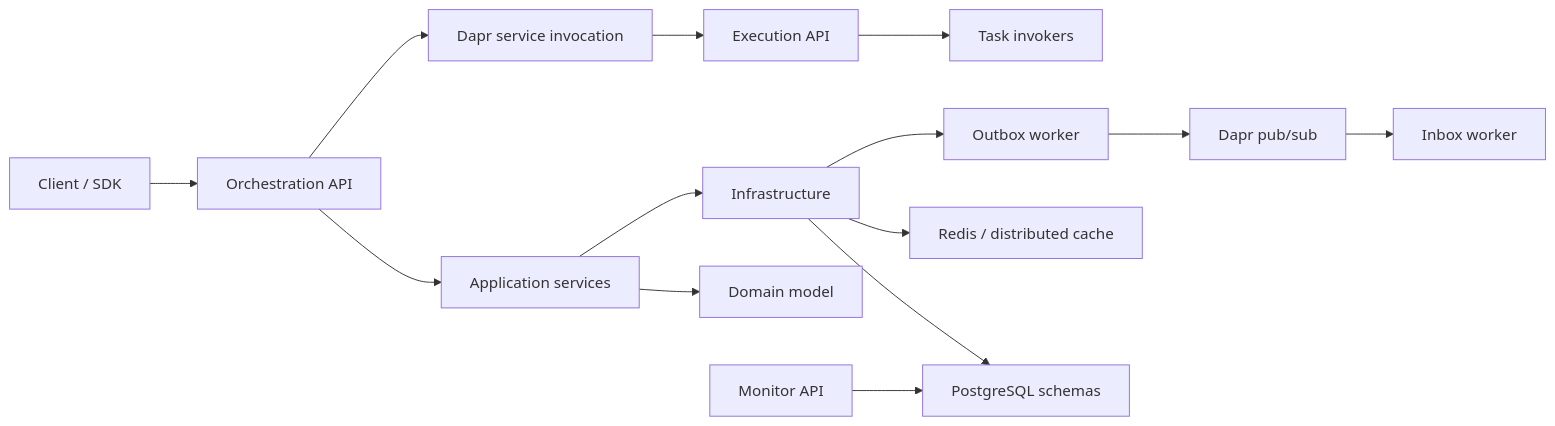
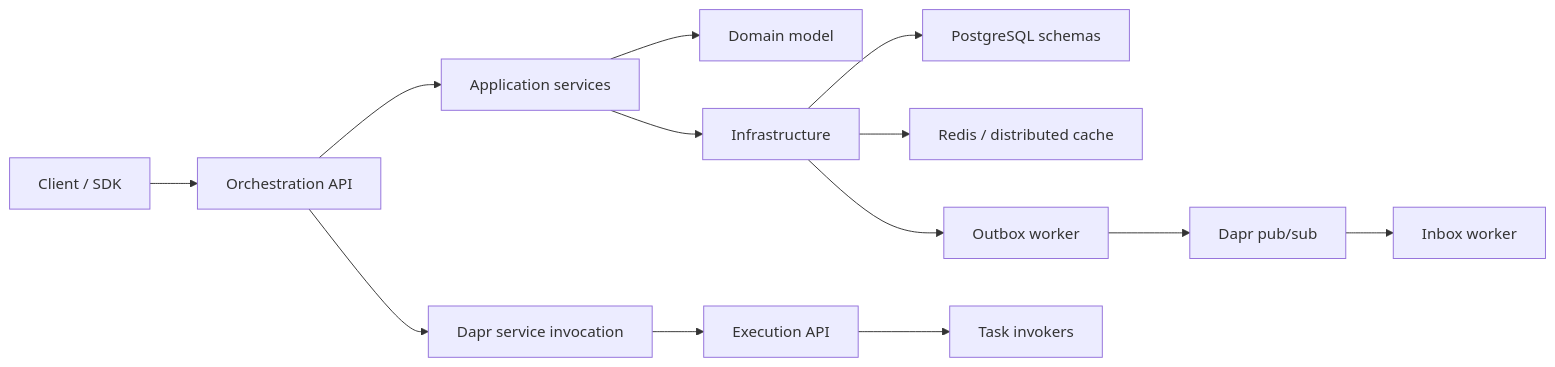
Before and after one commit to burgan-tech/vnext: the diagram in docs/architecture/system-overview.md, drawn with Mermaid. The commit also changed other lines of this file and 165 other files, not shown here.

````diff
--- a/docs/architecture/system-overview.md
+++ b/docs/architecture/system-overview.md
@@ -23,16 +22,15 @@
 ```mermaid
 flowchart LR
     Client["Client / SDK"] --> Orch["Orchestration API"]
     Orch --> App["Application services"]
     App --> Domain["Domain model"]
     App --> Infra["Infrastructure"]
     Infra --> Db["PostgreSQL schemas"]
     Infra --> Cache["Redis / distributed cache"]
     Orch --> Dapr["Dapr service invocation"]
     Dapr --> Exec["Execution API"]
     Exec --> Invokers["Task invokers"]
-    Monitor["Monitor API"] --> Db
     Infra --> Outbox["Outbox worker"]
     Outbox --> PubSub["Dapr pub/sub"]
     PubSub --> Inbox["Inbox worker"]
 ```
````
